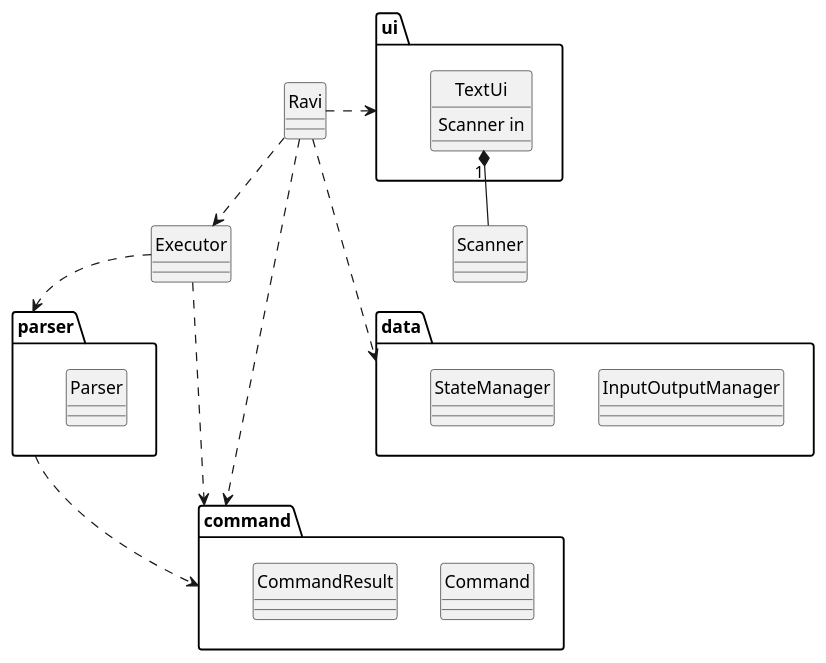
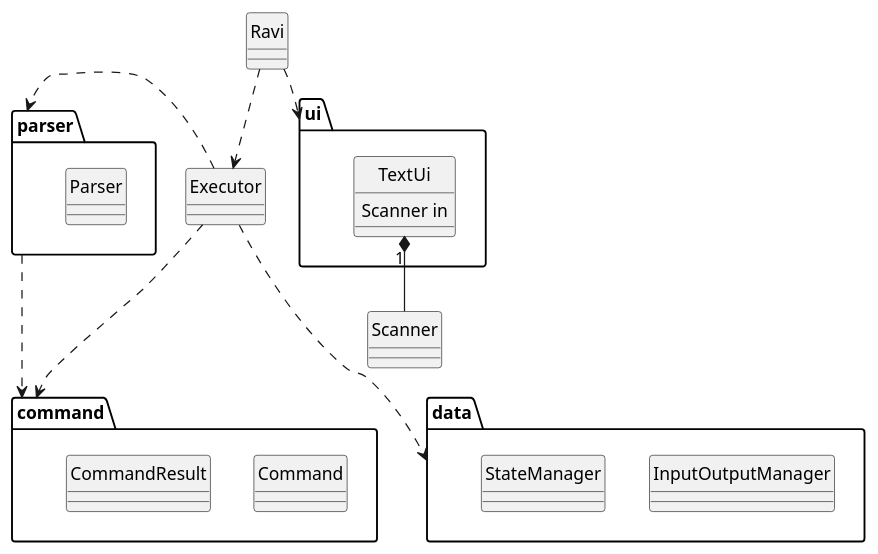
Before and after one commit to wangqinNick/tp: the diagram in docs/diagrams/UML/MainClassDiagram.puml, drawn with PlantUML. The commit also changed 10 other files, not shown here.

Commit message:
Updates for DG and diagrams; moved more stuff to Executor

```diff
--- a/docs/diagrams/UML/MainClassDiagram.puml
+++ b/docs/diagrams/UML/MainClassDiagram.puml
@@ -1,40 +1,39 @@
 @startuml
 
 hide circle
 skinparam classAttributeIconSize 0
 
 class Executor
 class Scanner
 
 package parser {
     class Parser
 }
 
 package command {
     class Command
     class CommandResult
 }
 
 package data {
     class InputOutputManager
     class StateManager
 }
 
 package ui {
     class TextUi {
         Scanner in
     }
 }
 
-Ravi .> ui
+Ravi ..> ui
 Ravi ..> Executor
-Ravi ...> data
-Ravi ..> command
 
-Executor ..> parser
-parser ..> command
+Executor ...> data
 Executor ..> command
+Executor .> parser
+parser ...> command
 
 TextUi "1" *-- Scanner
 
 @enduml
```
